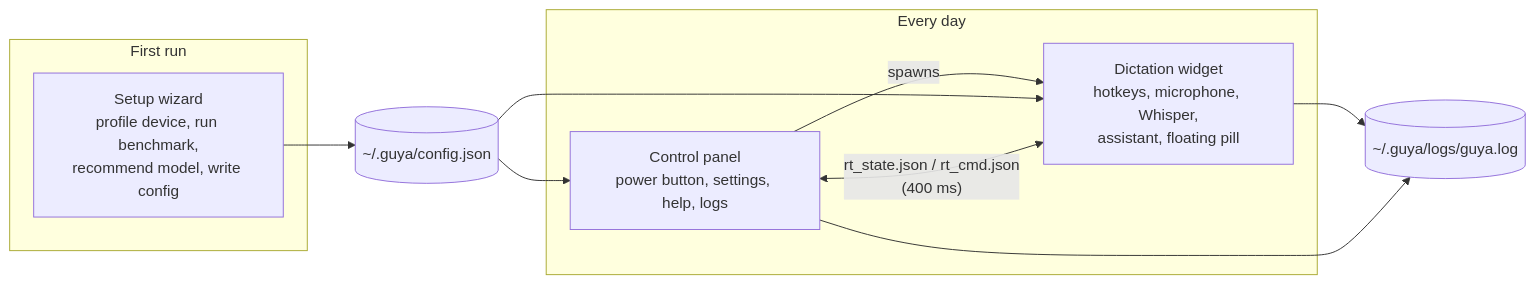
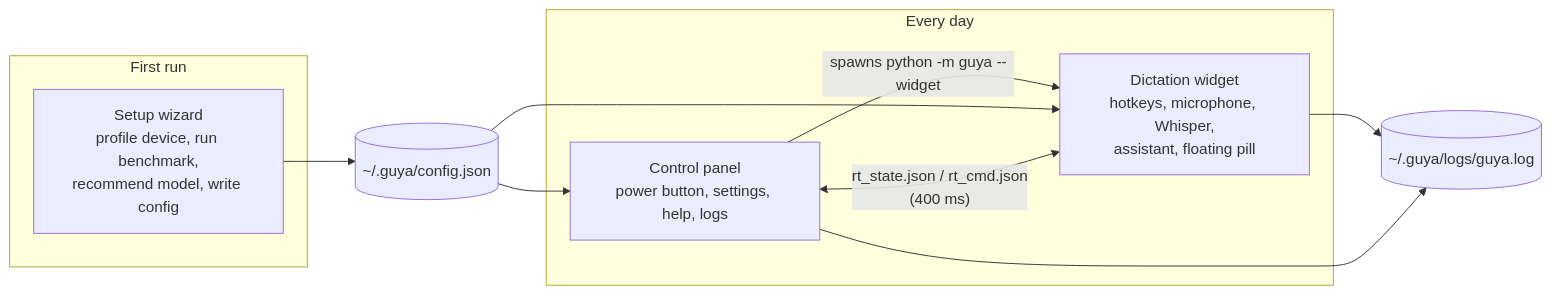
The second of 7 diagrams in docs/REPORT.md (faceesmart/guya), drawn with Mermaid before and after one commit. The commit also changed other lines of this file and 5 other files, not shown here.

````diff
--- a/docs/REPORT.md
+++ b/docs/REPORT.md
@@ -161,18 +395,18 @@
 ```mermaid
 flowchart LR
     subgraph first_run["First run"]
         W[Setup wizard<br/>profile device, run benchmark,<br/>recommend model, write config]
     end
     subgraph daily["Every day"]
-        P[Control panel<br/>power button, settings, help, logs] -- spawns --> D
+        P[Control panel<br/>power button, settings, help, logs] -- "spawns python -m guya --widget" --> D
         D[Dictation widget<br/>hotkeys, microphone, Whisper,<br/>assistant, floating pill]
         D <-- "rt_state.json / rt_cmd.json<br/>(400 ms)" --> P
     end
     C[(~/.guya/config.json)]
     L[(~/.guya/logs/guya.log)]
     W --> C
     C --> P
     C --> D
     D --> L
     P --> L
 ```
````
